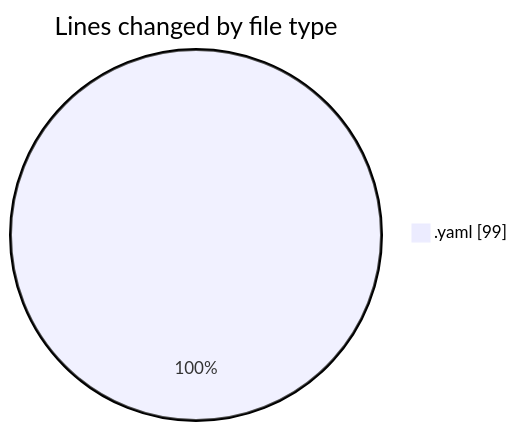
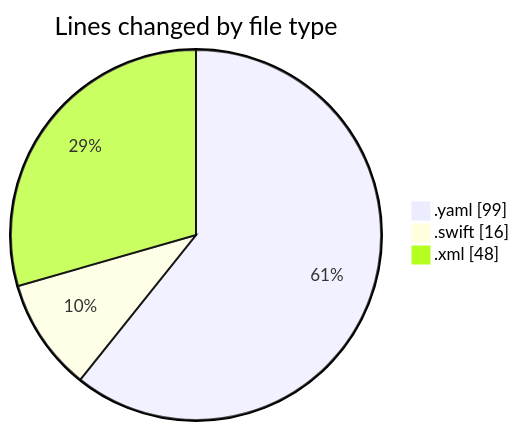
One commit to donsfak/code-tracking changed the first of 2 diagrams in 2025-02-16/uber_clone_v1/README.md. Above: the diagram before and after it, drawn with Mermaid. The commit also changed other lines of this file and 1 other file, not shown here.

````diff
--- a/2025-02-16/uber_clone_v1/README.md
+++ b/2025-02-16/uber_clone_v1/README.md
@@ -20,5 +22,7 @@
 ```mermaid
 pie showData
 title Lines changed by file type
 ".yaml" : 99
+".swift" : 16
+".xml" : 48
 ```
````
